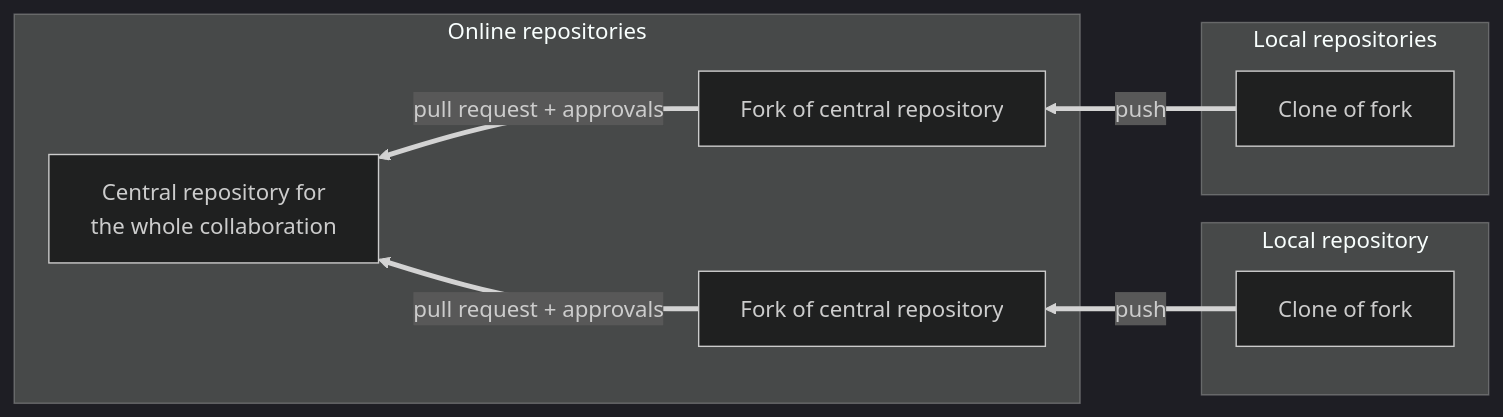
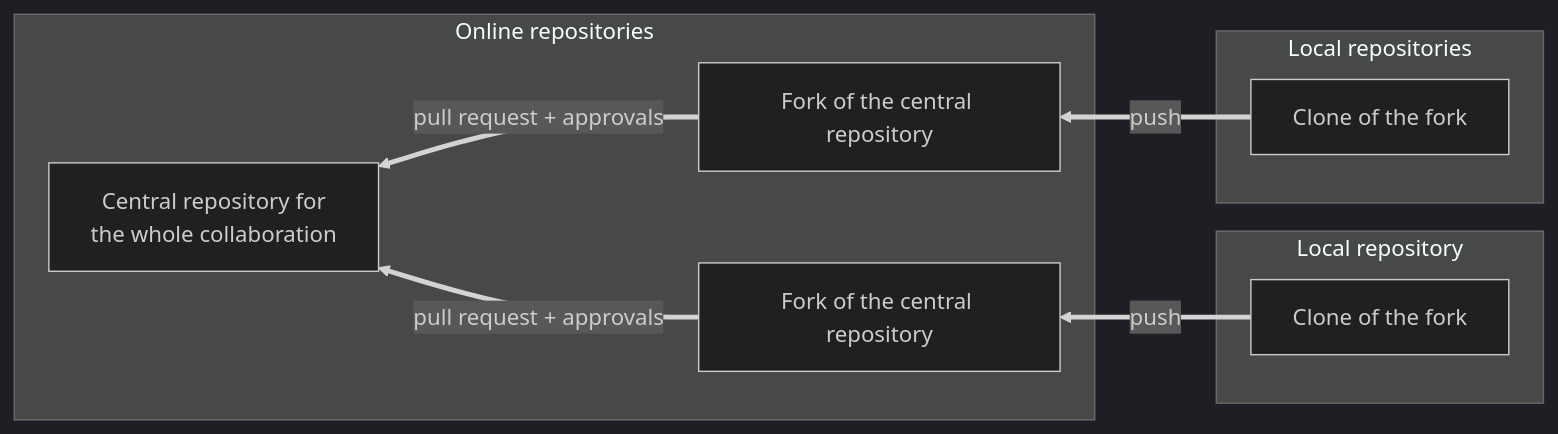
Diagram 13 of 22 in Lecture_2/git.md (abilandz/NAT3054), drawn with Mermaid (dark theme) before and after one commit. The commit also changed other lines of this file, not shown here.

````diff
--- a/Lecture_2/git.md
+++ b/Lecture_2/git.md
@@ -1057,21 +1057,21 @@
 ```mermaid
 	flowchart RL
 	subgraph Local repositories
-    l1["Clone of fork"]
+    l1["Clone of the fork"]
     end
 	subgraph Local repository
-    l2["Clone of fork"]
+    l2["Clone of the fork"]
     end
     
     subgraph Online repositories
     o1["Central repository for
     the whole collaboration"]
-    o2["Fork of central repository"]
-    o3["Fork of central repository"]
+    o2["Fork of the central repository"]
+    o3["Fork of the central repository"]
     end
     
     o2 == "pull request + approvals" ==> o1
     o3 == "pull request + approvals" ==> o1
     l1 == push ==> o2
     l2 == push ==> o3
 ```
````
